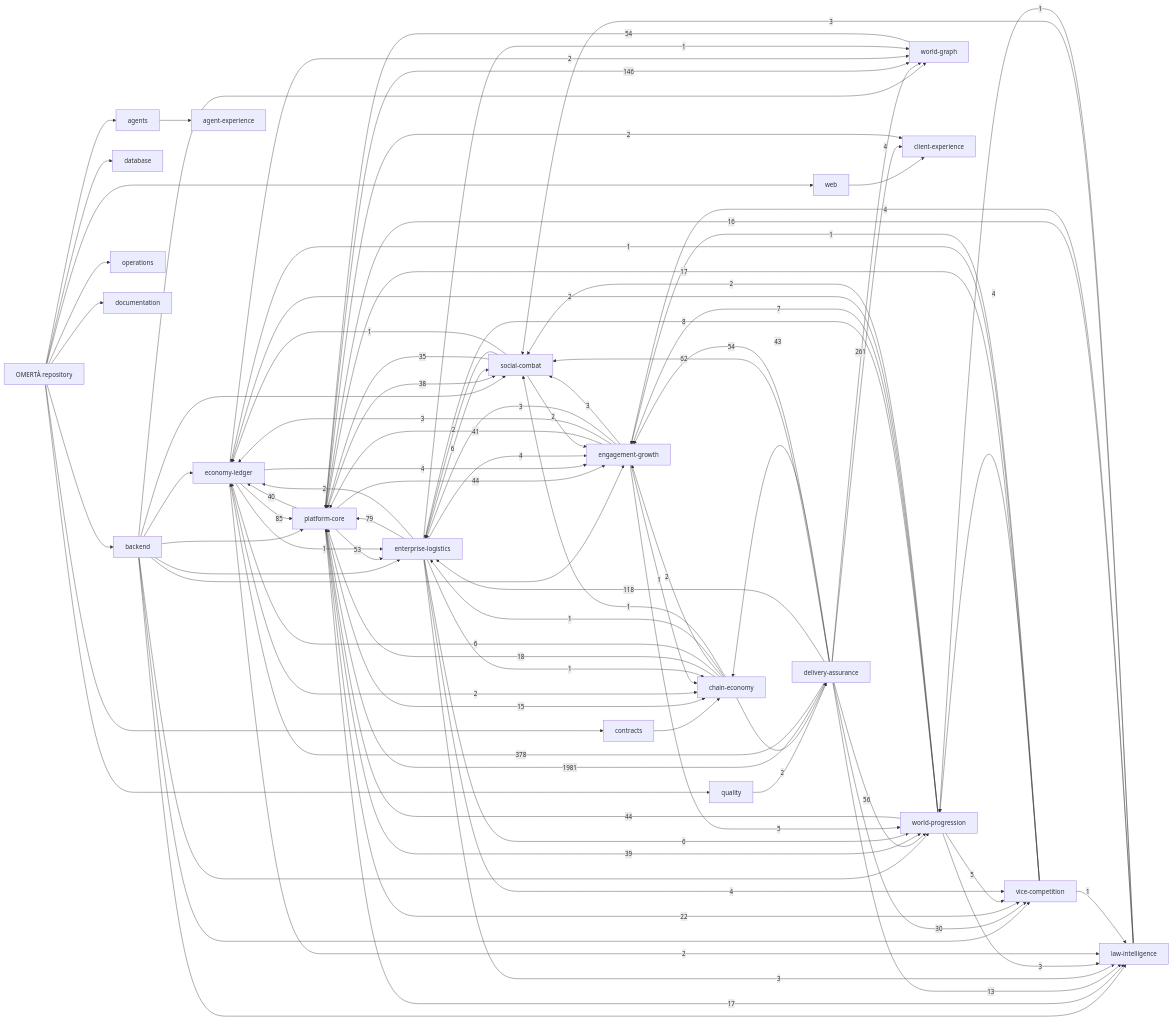
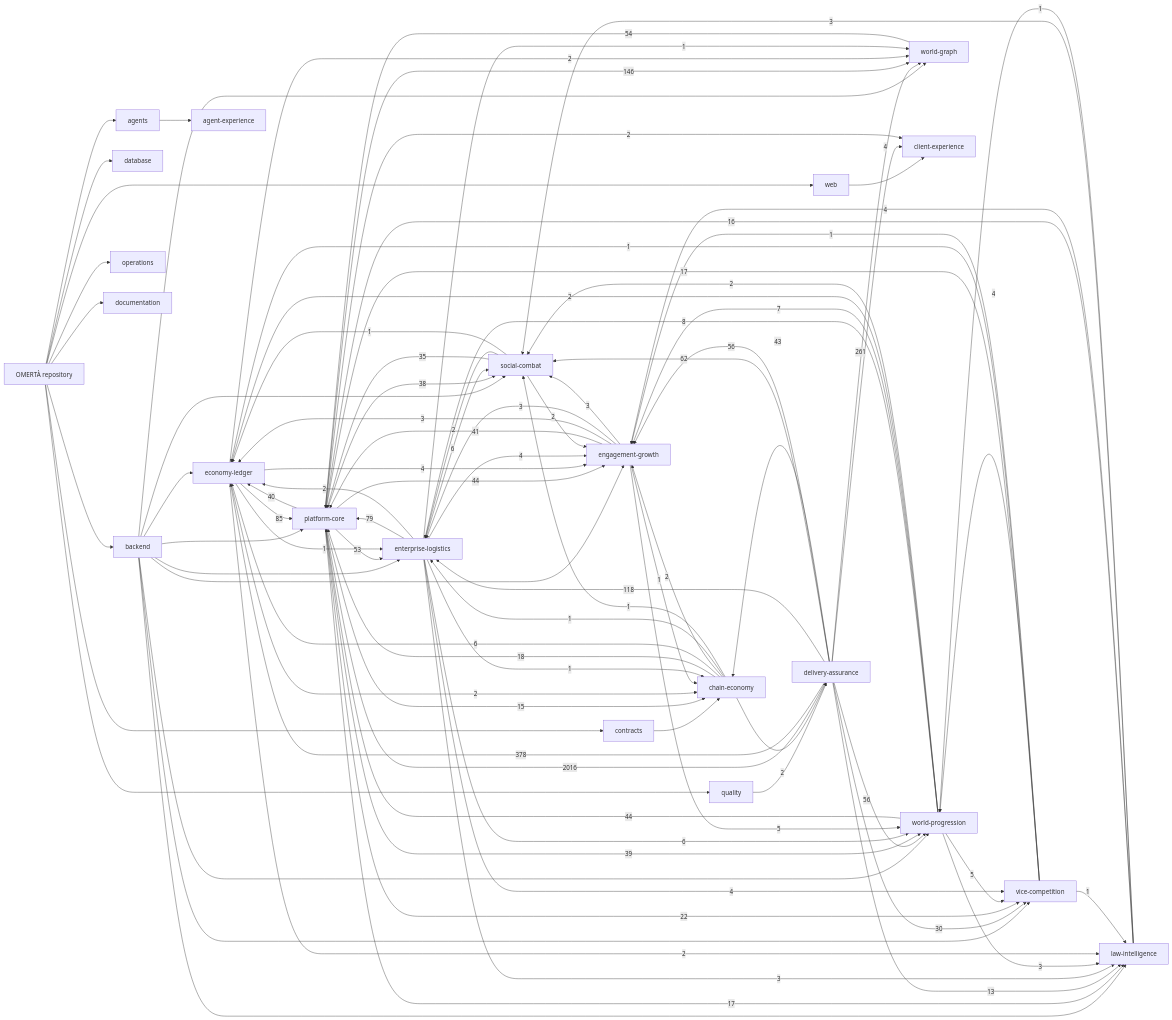
One commit to OmertaDev/Omerta changed the diagram in knowledge/generated/graph.mmd. Above: the diagram before and after it, drawn with Mermaid. The commit also changed 8 other files, not shown here.

```diff
--- a/knowledge/generated/graph.mmd
+++ b/knowledge/generated/graph.mmd
@@ -1,113 +1,113 @@
 flowchart LR
   repo["OMERTÀ repository"]
   sub_backend["backend"]
   repo --> sub_backend
   sub_database["database"]
   repo --> sub_database
   sub_web["web"]
   repo --> sub_web
   sub_contracts["contracts"]
   repo --> sub_contracts
   sub_agents["agents"]
   repo --> sub_agents
   sub_quality["quality"]
   repo --> sub_quality
   sub_operations["operations"]
   repo --> sub_operations
   sub_documentation["documentation"]
   repo --> sub_documentation
   dom_platform-core["platform-core"]
   dom_economy-ledger["economy-ledger"]
   dom_social-combat["social-combat"]
   dom_world-progression["world-progression"]
   dom_world-graph["world-graph"]
   dom_enterprise-logistics["enterprise-logistics"]
   dom_vice-competition["vice-competition"]
   dom_law-intelligence["law-intelligence"]
   dom_chain-economy["chain-economy"]
   dom_engagement-growth["engagement-growth"]
   dom_client-experience["client-experience"]
   dom_agent-experience["agent-experience"]
   dom_delivery-assurance["delivery-assurance"]
   sub_agents --> dom_agent-experience
   sub_backend --> dom_economy-ledger
   sub_backend --> dom_engagement-growth
   sub_backend --> dom_enterprise-logistics
   sub_backend --> dom_law-intelligence
   sub_backend --> dom_platform-core
   sub_backend --> dom_social-combat
   sub_backend --> dom_vice-competition
   sub_backend --> dom_world-graph
   sub_backend --> dom_world-progression
   sub_contracts --> dom_chain-economy
   sub_quality --> dom_delivery-assurance
   sub_web --> dom_client-experience
-  dom_delivery-assurance -->|1981| dom_platform-core
+  dom_delivery-assurance -->|2016| dom_platform-core
   dom_delivery-assurance -->|378| dom_economy-ledger
   dom_delivery-assurance -->|261| dom_world-graph
   dom_platform-core -->|146| dom_world-graph
   dom_delivery-assurance -->|118| dom_enterprise-logistics
   dom_economy-ledger -->|85| dom_platform-core
   dom_enterprise-logistics -->|79| dom_platform-core
   dom_delivery-assurance -->|62| dom_social-combat
+  dom_delivery-assurance -->|56| dom_engagement-growth
   dom_delivery-assurance -->|56| dom_world-progression
-  dom_delivery-assurance -->|54| dom_engagement-growth
   dom_world-graph -->|54| dom_platform-core
   dom_platform-core -->|53| dom_enterprise-logistics
   dom_platform-core -->|44| dom_engagement-growth
   dom_world-progression -->|44| dom_platform-core
   dom_delivery-assurance -->|43| dom_chain-economy
   dom_engagement-growth -->|41| dom_platform-core
   dom_platform-core -->|40| dom_economy-ledger
   dom_platform-core -->|39| dom_world-progression
   dom_platform-core -->|38| dom_social-combat
   dom_social-combat -->|35| dom_platform-core
   dom_delivery-assurance -->|30| dom_vice-competition
   dom_platform-core -->|22| dom_vice-competition
   dom_chain-economy -->|18| dom_platform-core
   dom_platform-core -->|17| dom_law-intelligence
   dom_vice-competition -->|17| dom_platform-core
   dom_law-intelligence -->|16| dom_platform-core
   dom_platform-core -->|15| dom_chain-economy
   dom_delivery-assurance -->|13| dom_law-intelligence
   dom_world-progression -->|8| dom_enterprise-logistics
   dom_world-progression -->|7| dom_engagement-growth
   dom_chain-economy -->|6| dom_economy-ledger
   dom_enterprise-logistics -->|6| dom_social-combat
   dom_enterprise-logistics -->|6| dom_world-progression
   dom_engagement-growth -->|5| dom_world-progression
   dom_world-progression -->|5| dom_vice-competition
   dom_delivery-assurance -->|4| dom_client-experience
   dom_economy-ledger -->|4| dom_engagement-growth
   dom_enterprise-logistics -->|4| dom_engagement-growth
   dom_enterprise-logistics -->|4| dom_vice-competition
   dom_law-intelligence -->|4| dom_engagement-growth
   dom_vice-competition -->|4| dom_world-progression
   dom_engagement-growth -->|3| dom_economy-ledger
   dom_engagement-growth -->|3| dom_enterprise-logistics
   dom_engagement-growth -->|3| dom_social-combat
   dom_enterprise-logistics -->|3| dom_law-intelligence
   dom_law-intelligence -->|3| dom_social-combat
   dom_world-progression -->|3| dom_law-intelligence
   dom_chain-economy -->|2| dom_delivery-assurance
   dom_chain-economy -->|2| dom_engagement-growth
   dom_economy-ledger -->|2| dom_chain-economy
   dom_economy-ledger -->|2| dom_law-intelligence
   dom_economy-ledger -->|2| dom_world-graph
   dom_enterprise-logistics -->|2| dom_economy-ledger
   dom_platform-core -->|2| dom_client-experience
   dom_social-combat -->|2| dom_engagement-growth
   dom_social-combat -->|2| dom_enterprise-logistics
   dom_world-progression -->|2| dom_economy-ledger
   dom_world-progression -->|2| dom_social-combat
   dom_chain-economy -->|1| dom_enterprise-logistics
   dom_chain-economy -->|1| dom_social-combat
   dom_economy-ledger -->|1| dom_enterprise-logistics
   dom_engagement-growth -->|1| dom_chain-economy
   dom_enterprise-logistics -->|1| dom_chain-economy
   dom_enterprise-logistics -->|1| dom_world-graph
   dom_law-intelligence -->|1| dom_world-progression
   dom_social-combat -->|1| dom_economy-ledger
   dom_vice-competition -->|1| dom_economy-ledger
   dom_vice-competition -->|1| dom_engagement-growth
   dom_vice-competition -->|1| dom_law-intelligence
```
